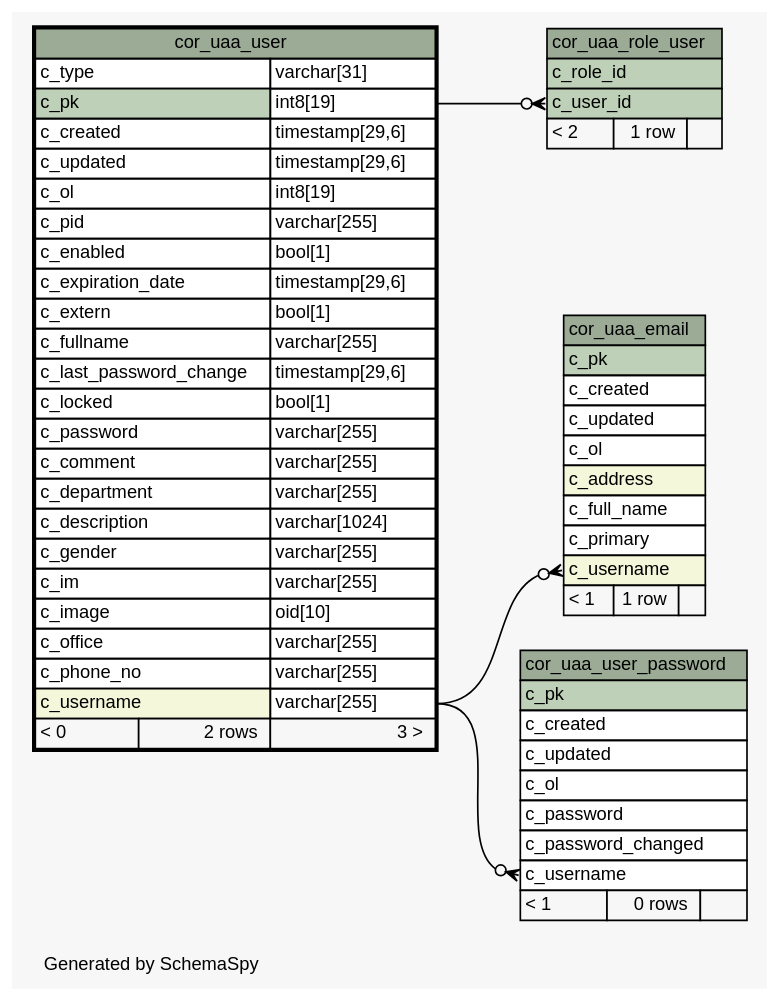
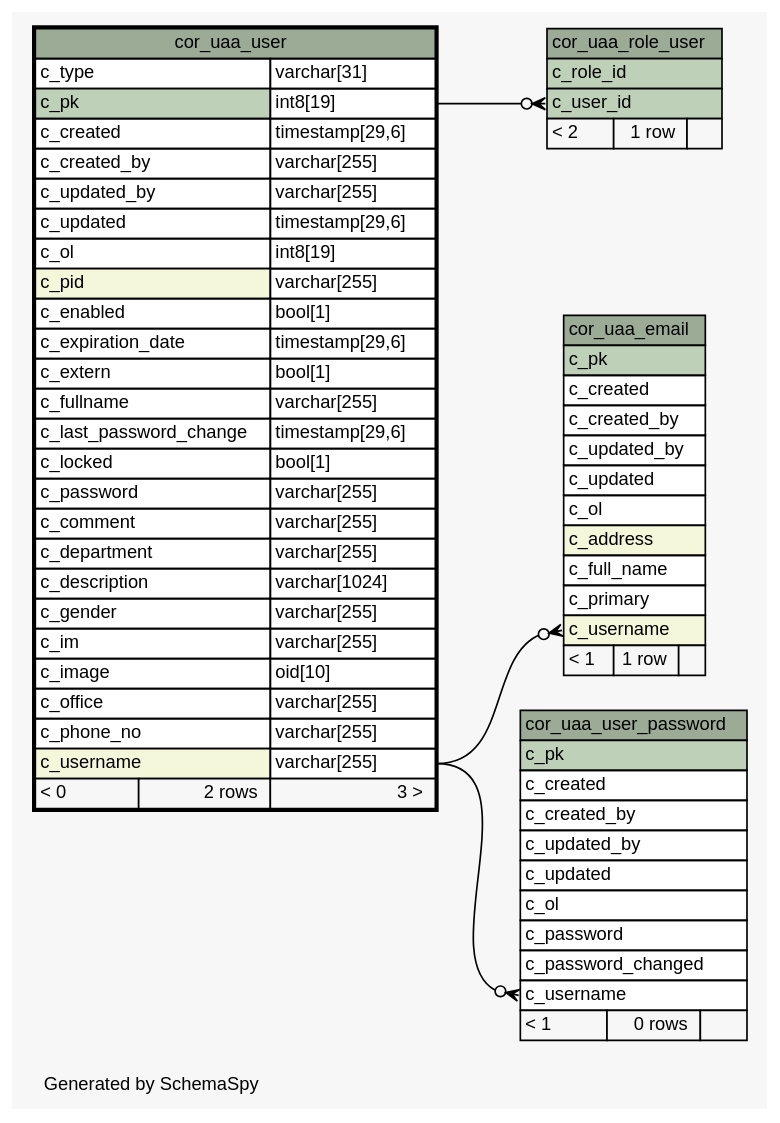
The diagram in 1.1.0-SNAPSHOT/schemaspy/diagrams/cor_uaa_user.1degree.dot (openwms/org.openwms.core.uaa), drawn with Graphviz before and after one commit. The commit also changed 268 other files, not shown here.

```diff
--- a/1.1.0-SNAPSHOT/schemaspy/diagrams/cor_uaa_user.1degree.dot
+++ b/1.1.0-SNAPSHOT/schemaspy/diagrams/cor_uaa_user.1degree.dot
@@ -1,100 +1,106 @@
-// dot 2.43.0 on Linux 5.11.0-1021-azure
+// dot 2.43.0 on Linux 5.13.0-1029-azure
 // SchemaSpy rev Unknown
 digraph "oneDegreeRelationshipsDiagram" {
   graph [
     rankdir="RL"
     bgcolor="#f7f7f7"
     label="\nGenerated by SchemaSpy"
     labeljust="l"
     nodesep="0.18"
     ranksep="0.46"
     fontname="Helvetica"
     fontsize="11"
   ];
   node [
     fontname="Helvetica"
     fontsize="11"
     shape="plaintext"
   ];
   edge [
     arrowsize="0.8"
   ];
   "cor_uaa_email":"c_username":w -> "cor_uaa_user":"c_username.type":e [arrowhead=none dir=back arrowtail=crowodot];
   "cor_uaa_role_user":"c_user_id":w -> "cor_uaa_user":"c_pk.type":e [arrowhead=none dir=back arrowtail=crowodot];
   "cor_uaa_user_password":"c_username":w -> "cor_uaa_user":"c_username.type":e [arrowhead=none dir=back arrowtail=crowodot];
   "cor_uaa_email" [
     label=<
     <TABLE BORDER="0" CELLBORDER="1" CELLSPACING="0" BGCOLOR="#ffffff">
       <TR><TD COLSPAN="3" BGCOLOR="#9bab96" ALIGN="CENTER">cor_uaa_email</TD></TR>
       <TR><TD PORT="c_pk" COLSPAN="3" BGCOLOR="#bed1b8" ALIGN="LEFT">c_pk</TD></TR>
       <TR><TD PORT="c_created" COLSPAN="3" ALIGN="LEFT">c_created</TD></TR>
+      <TR><TD PORT="c_created_by" COLSPAN="3" ALIGN="LEFT">c_created_by</TD></TR>
+      <TR><TD PORT="c_updated_by" COLSPAN="3" ALIGN="LEFT">c_updated_by</TD></TR>
       <TR><TD PORT="c_updated" COLSPAN="3" ALIGN="LEFT">c_updated</TD></TR>
       <TR><TD PORT="c_ol" COLSPAN="3" ALIGN="LEFT">c_ol</TD></TR>
       <TR><TD PORT="c_address" COLSPAN="3" BGCOLOR="#f4f7da" ALIGN="LEFT">c_address</TD></TR>
       <TR><TD PORT="c_full_name" COLSPAN="3" ALIGN="LEFT">c_full_name</TD></TR>
       <TR><TD PORT="c_primary" COLSPAN="3" ALIGN="LEFT">c_primary</TD></TR>
       <TR><TD PORT="c_username" COLSPAN="3" BGCOLOR="#f4f7da" ALIGN="LEFT">c_username</TD></TR>
       <TR><TD ALIGN="LEFT" BGCOLOR="#f7f7f7">&lt; 1</TD><TD ALIGN="RIGHT" BGCOLOR="#f7f7f7">1 row</TD><TD ALIGN="RIGHT" BGCOLOR="#f7f7f7">  </TD></TR>
     </TABLE>>
     URL="cor_uaa_email.html"
     tooltip="cor_uaa_email"
   ];
   "cor_uaa_role_user" [
     label=<
     <TABLE BORDER="0" CELLBORDER="1" CELLSPACING="0" BGCOLOR="#ffffff">
       <TR><TD COLSPAN="3" BGCOLOR="#9bab96" ALIGN="CENTER">cor_uaa_role_user</TD></TR>
       <TR><TD PORT="c_role_id" COLSPAN="3" BGCOLOR="#bed1b8" ALIGN="LEFT">c_role_id</TD></TR>
       <TR><TD PORT="c_user_id" COLSPAN="3" BGCOLOR="#bed1b8" ALIGN="LEFT">c_user_id</TD></TR>
       <TR><TD ALIGN="LEFT" BGCOLOR="#f7f7f7">&lt; 2</TD><TD ALIGN="RIGHT" BGCOLOR="#f7f7f7">1 row</TD><TD ALIGN="RIGHT" BGCOLOR="#f7f7f7">  </TD></TR>
     </TABLE>>
     URL="cor_uaa_role_user.html"
     tooltip="cor_uaa_role_user"
   ];
   "cor_uaa_user" [
     label=<
     <TABLE BORDER="2" CELLBORDER="1" CELLSPACING="0" BGCOLOR="#ffffff">
       <TR><TD COLSPAN="3" BGCOLOR="#9bab96" ALIGN="CENTER">cor_uaa_user</TD></TR>
       <TR><TD PORT="c_type" COLSPAN="2" ALIGN="LEFT">c_type</TD><TD PORT="c_type.type" ALIGN="LEFT">varchar[31]</TD></TR>
       <TR><TD PORT="c_pk" COLSPAN="2" BGCOLOR="#bed1b8" ALIGN="LEFT">c_pk</TD><TD PORT="c_pk.type" ALIGN="LEFT">int8[19]</TD></TR>
       <TR><TD PORT="c_created" COLSPAN="2" ALIGN="LEFT">c_created</TD><TD PORT="c_created.type" ALIGN="LEFT">timestamp[29,6]</TD></TR>
+      <TR><TD PORT="c_created_by" COLSPAN="2" ALIGN="LEFT">c_created_by</TD><TD PORT="c_created_by.type" ALIGN="LEFT">varchar[255]</TD></TR>
+      <TR><TD PORT="c_updated_by" COLSPAN="2" ALIGN="LEFT">c_updated_by</TD><TD PORT="c_updated_by.type" ALIGN="LEFT">varchar[255]</TD></TR>
       <TR><TD PORT="c_updated" COLSPAN="2" ALIGN="LEFT">c_updated</TD><TD PORT="c_updated.type" ALIGN="LEFT">timestamp[29,6]</TD></TR>
       <TR><TD PORT="c_ol" COLSPAN="2" ALIGN="LEFT">c_ol</TD><TD PORT="c_ol.type" ALIGN="LEFT">int8[19]</TD></TR>
-      <TR><TD PORT="c_pid" COLSPAN="2" ALIGN="LEFT">c_pid</TD><TD PORT="c_pid.type" ALIGN="LEFT">varchar[255]</TD></TR>
+      <TR><TD PORT="c_pid" COLSPAN="2" BGCOLOR="#f4f7da" ALIGN="LEFT">c_pid</TD><TD PORT="c_pid.type" ALIGN="LEFT">varchar[255]</TD></TR>
       <TR><TD PORT="c_enabled" COLSPAN="2" ALIGN="LEFT">c_enabled</TD><TD PORT="c_enabled.type" ALIGN="LEFT">bool[1]</TD></TR>
       <TR><TD PORT="c_expiration_date" COLSPAN="2" ALIGN="LEFT">c_expiration_date</TD><TD PORT="c_expiration_date.type" ALIGN="LEFT">timestamp[29,6]</TD></TR>
       <TR><TD PORT="c_extern" COLSPAN="2" ALIGN="LEFT">c_extern</TD><TD PORT="c_extern.type" ALIGN="LEFT">bool[1]</TD></TR>
       <TR><TD PORT="c_fullname" COLSPAN="2" ALIGN="LEFT">c_fullname</TD><TD PORT="c_fullname.type" ALIGN="LEFT">varchar[255]</TD></TR>
       <TR><TD PORT="c_last_password_change" COLSPAN="2" ALIGN="LEFT">c_last_password_change</TD><TD PORT="c_last_password_change.type" ALIGN="LEFT">timestamp[29,6]</TD></TR>
       <TR><TD PORT="c_locked" COLSPAN="2" ALIGN="LEFT">c_locked</TD><TD PORT="c_locked.type" ALIGN="LEFT">bool[1]</TD></TR>
       <TR><TD PORT="c_password" COLSPAN="2" ALIGN="LEFT">c_password</TD><TD PORT="c_password.type" ALIGN="LEFT">varchar[255]</TD></TR>
       <TR><TD PORT="c_comment" COLSPAN="2" ALIGN="LEFT">c_comment</TD><TD PORT="c_comment.type" ALIGN="LEFT">varchar[255]</TD></TR>
       <TR><TD PORT="c_department" COLSPAN="2" ALIGN="LEFT">c_department</TD><TD PORT="c_department.type" ALIGN="LEFT">varchar[255]</TD></TR>
       <TR><TD PORT="c_description" COLSPAN="2" ALIGN="LEFT">c_description</TD><TD PORT="c_description.type" ALIGN="LEFT">varchar[1024]</TD></TR>
       <TR><TD PORT="c_gender" COLSPAN="2" ALIGN="LEFT">c_gender</TD><TD PORT="c_gender.type" ALIGN="LEFT">varchar[255]</TD></TR>
       <TR><TD PORT="c_im" COLSPAN="2" ALIGN="LEFT">c_im</TD><TD PORT="c_im.type" ALIGN="LEFT">varchar[255]</TD></TR>
       <TR><TD PORT="c_image" COLSPAN="2" ALIGN="LEFT">c_image</TD><TD PORT="c_image.type" ALIGN="LEFT">oid[10]</TD></TR>
       <TR><TD PORT="c_office" COLSPAN="2" ALIGN="LEFT">c_office</TD><TD PORT="c_office.type" ALIGN="LEFT">varchar[255]</TD></TR>
       <TR><TD PORT="c_phone_no" COLSPAN="2" ALIGN="LEFT">c_phone_no</TD><TD PORT="c_phone_no.type" ALIGN="LEFT">varchar[255]</TD></TR>
       <TR><TD PORT="c_username" COLSPAN="2" BGCOLOR="#f4f7da" ALIGN="LEFT">c_username</TD><TD PORT="c_username.type" ALIGN="LEFT">varchar[255]</TD></TR>
       <TR><TD ALIGN="LEFT" BGCOLOR="#f7f7f7">&lt; 0</TD><TD ALIGN="RIGHT" BGCOLOR="#f7f7f7">2 rows</TD><TD ALIGN="RIGHT" BGCOLOR="#f7f7f7">3 &gt;</TD></TR>
     </TABLE>>
     URL="cor_uaa_user.html"
     tooltip="cor_uaa_user"
   ];
   "cor_uaa_user_password" [
     label=<
     <TABLE BORDER="0" CELLBORDER="1" CELLSPACING="0" BGCOLOR="#ffffff">
       <TR><TD COLSPAN="3" BGCOLOR="#9bab96" ALIGN="CENTER">cor_uaa_user_password</TD></TR>
       <TR><TD PORT="c_pk" COLSPAN="3" BGCOLOR="#bed1b8" ALIGN="LEFT">c_pk</TD></TR>
       <TR><TD PORT="c_created" COLSPAN="3" ALIGN="LEFT">c_created</TD></TR>
+      <TR><TD PORT="c_created_by" COLSPAN="3" ALIGN="LEFT">c_created_by</TD></TR>
+      <TR><TD PORT="c_updated_by" COLSPAN="3" ALIGN="LEFT">c_updated_by</TD></TR>
       <TR><TD PORT="c_updated" COLSPAN="3" ALIGN="LEFT">c_updated</TD></TR>
       <TR><TD PORT="c_ol" COLSPAN="3" ALIGN="LEFT">c_ol</TD></TR>
       <TR><TD PORT="c_password" COLSPAN="3" ALIGN="LEFT">c_password</TD></TR>
       <TR><TD PORT="c_password_changed" COLSPAN="3" ALIGN="LEFT">c_password_changed</TD></TR>
       <TR><TD PORT="c_username" COLSPAN="3" ALIGN="LEFT">c_username</TD></TR>
       <TR><TD ALIGN="LEFT" BGCOLOR="#f7f7f7">&lt; 1</TD><TD ALIGN="RIGHT" BGCOLOR="#f7f7f7">0 rows</TD><TD ALIGN="RIGHT" BGCOLOR="#f7f7f7">  </TD></TR>
     </TABLE>>
     URL="cor_uaa_user_password.html"
     tooltip="cor_uaa_user_password"
   ];
 }
```
